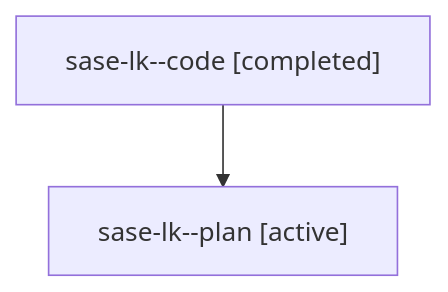
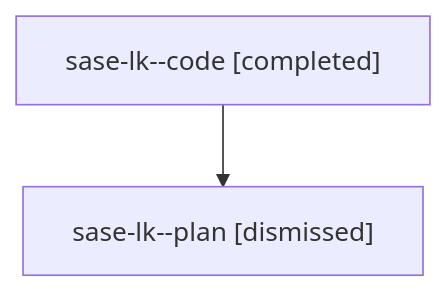
The diagram in sessions/bbugyi200.athena.sase-lk.md (sase-org/sase--agents), drawn with Mermaid before and after one commit. The commit also changed other lines of this file and 76 other files, not shown here.

````diff
--- a/sessions/bbugyi200.athena.sase-lk.md
+++ b/sessions/bbugyi200.athena.sase-lk.md
@@ -9,6 +9,6 @@
 ```mermaid
 flowchart TD
   n0["sase-lk--code [completed]"]
-  n1["sase-lk--plan [active]"]
+  n1["sase-lk--plan [dismissed]"]
   n0 --> n1
 ```
````
